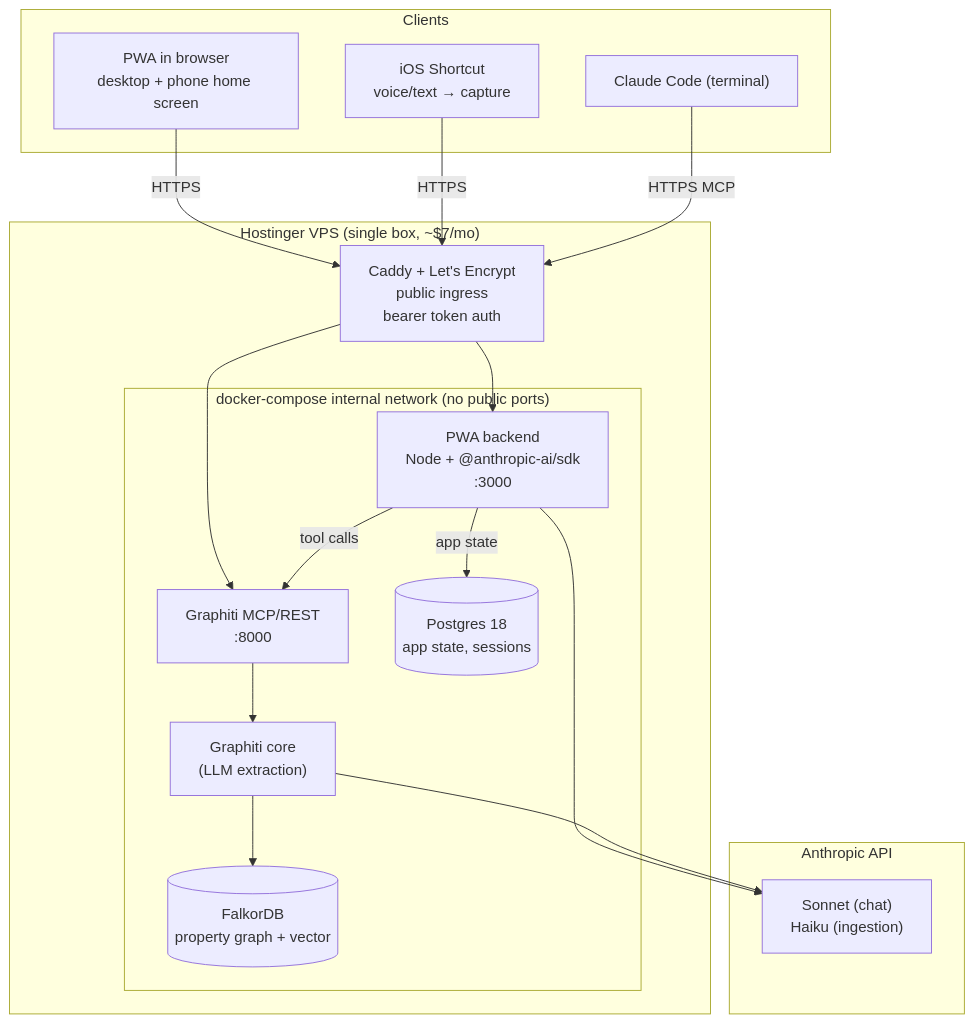
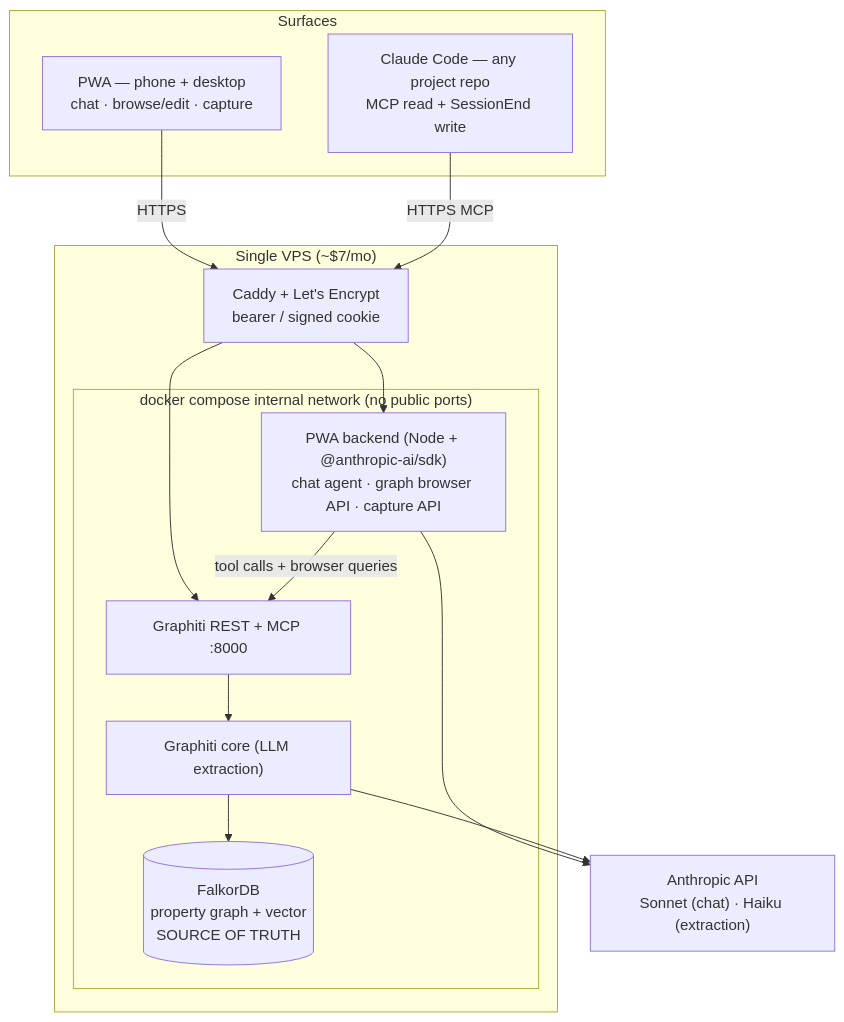
The diagram in architecture.md (slaguardia/brainbot), drawn with Mermaid before and after one commit. The commit also changed other lines of this file and 54 other files, not shown here.

First line of the commit message:
Reframe brainbot to graph-canonical + add design-history.md

````diff
--- a/architecture.md
+++ b/architecture.md
@@ -51,38 +64,30 @@
 ```mermaid
 flowchart TB
-  subgraph Clients["Clients"]
-    BROWSER["PWA in browser<br/>desktop + phone home screen"]
-    CC["Claude Code (terminal)"]
-    SHORTCUT["iOS Shortcut<br/>voice/text → capture"]
+  subgraph Surfaces["Surfaces"]
+    PWA_UI["PWA — phone + desktop<br/>chat · browse/edit · capture"]
+    CC["Claude Code — any project repo<br/>MCP read + SessionEnd write"]
   end
 
-  subgraph VPS["Hostinger VPS (single box, ~$7/mo)"]
-    CADDY["Caddy + Let's Encrypt<br/>public ingress<br/>bearer token auth"]
+  subgraph VPS["Single VPS (~$7/mo)"]
+    CADDY["Caddy + Let's Encrypt<br/>bearer / signed cookie"]
 
-    subgraph DockerNet["docker-compose internal network (no public ports)"]
-      PWA["PWA backend<br/>Node + @anthropic-ai/sdk<br/>:3000"]
-      GMCP["Graphiti MCP/REST<br/>:8000"]
-      GCORE["Graphiti core<br/>(LLM extraction)"]
-      FALKOR[("FalkorDB<br/>property graph + vector")]
-      PG[("Postgres 18<br/>app state, sessions")]
+    subgraph DockerNet["docker compose internal network (no public ports)"]
+      PWA_BE["PWA backend (Node + @anthropic-ai/sdk)<br/>chat agent · graph browser API · capture API"]
+      GMCP["Graphiti REST + MCP :8000"]
+      GCORE["Graphiti core (LLM extraction)"]
+      FALKOR[("FalkorDB<br/>property graph + vector<br/>SOURCE OF TRUTH")]
     end
   end
 
-  subgraph Claude["Anthropic API"]
-    ANTH["Sonnet (chat)<br/>Haiku (ingestion)"]
-  end
+  ANTH["Anthropic API<br/>Sonnet (chat) · Haiku (extraction)"]
 
-  BROWSER -->|HTTPS| CADDY
-  SHORTCUT -->|HTTPS| CADDY
+  PWA_UI -->|HTTPS| CADDY
   CC -->|HTTPS MCP| CADDY
-
-  CADDY --> PWA
+  CADDY --> PWA_BE
   CADDY --> GMCP
-
-  PWA -->|tool calls| GMCP
-  PWA -->|app state| PG
-  PWA --> ANTH
+  PWA_BE -->|tool calls + browser queries| GMCP
+  PWA_BE --> ANTH
   GMCP --> GCORE
   GCORE --> FALKOR
   GCORE --> ANTH
 ```
````
